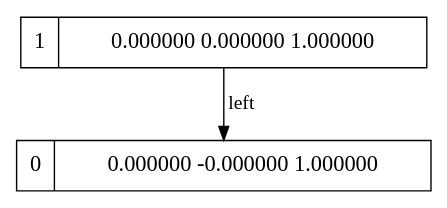
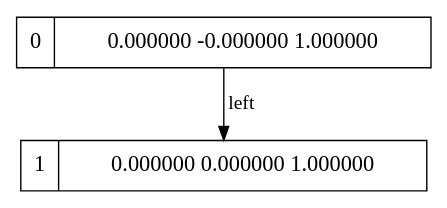
The diagram in Render2/groundoutGraph.dot (AryaGosuDev/RayTracer), drawn with Graphviz before and after one commit. The commit also changed 33 other files, not shown here.

```diff
--- a/Render2/groundoutGraph.dot
+++ b/Render2/groundoutGraph.dot
@@ -1,1 +1,1 @@
-digraph g { graph []; node [ fontsize="16" shape = "ellipse"]; edge [];"node1" [ label = "1 | 0.000000 0.000000 1.000000 " shape = "record" ];"node0" [ label = "0 | 0.000000 -0.000000 1.000000 " shape = "record" ];"node1"-> "node0" [ label = "left"];}
+digraph g { graph []; node [ fontsize="16" shape = "ellipse"]; edge [];"node0" [ label = "0 | 0.000000 -0.000000 1.000000 " shape = "record" ];"node1" [ label = "1 | 0.000000 0.000000 1.000000 " shape = "record" ];"node0"-> "node1" [ label = "left"];}
```
